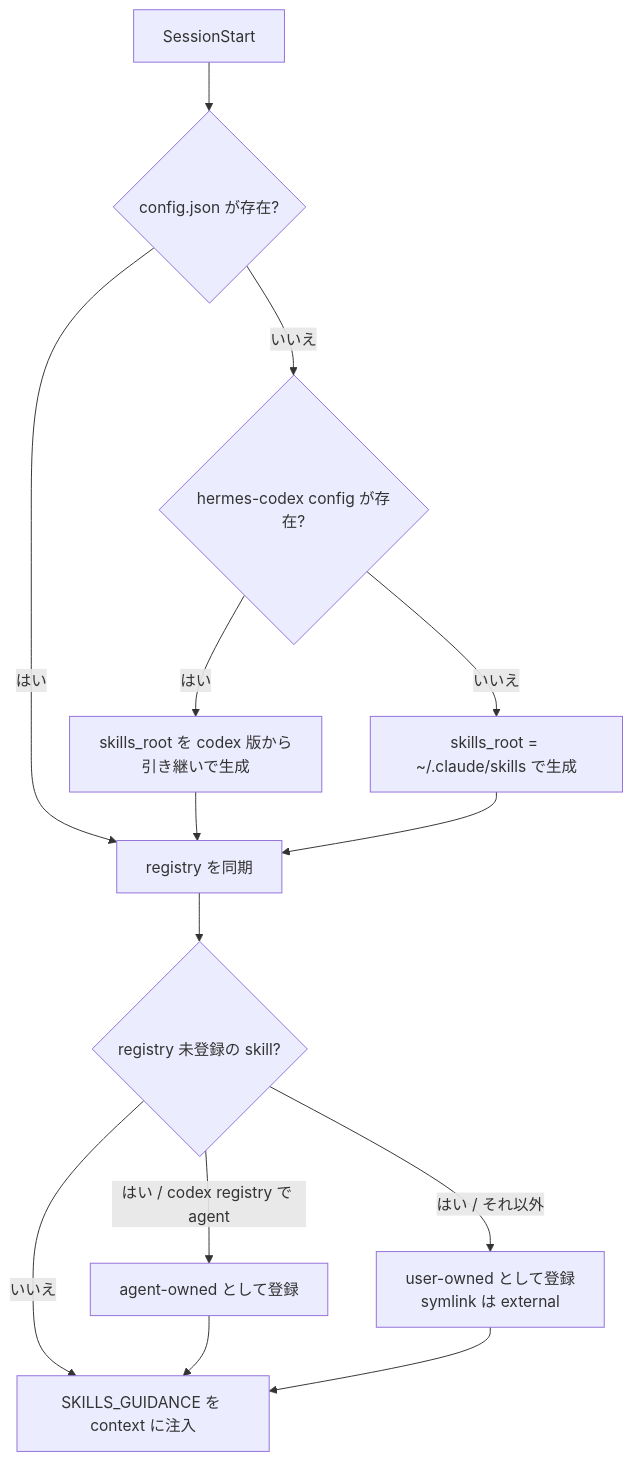
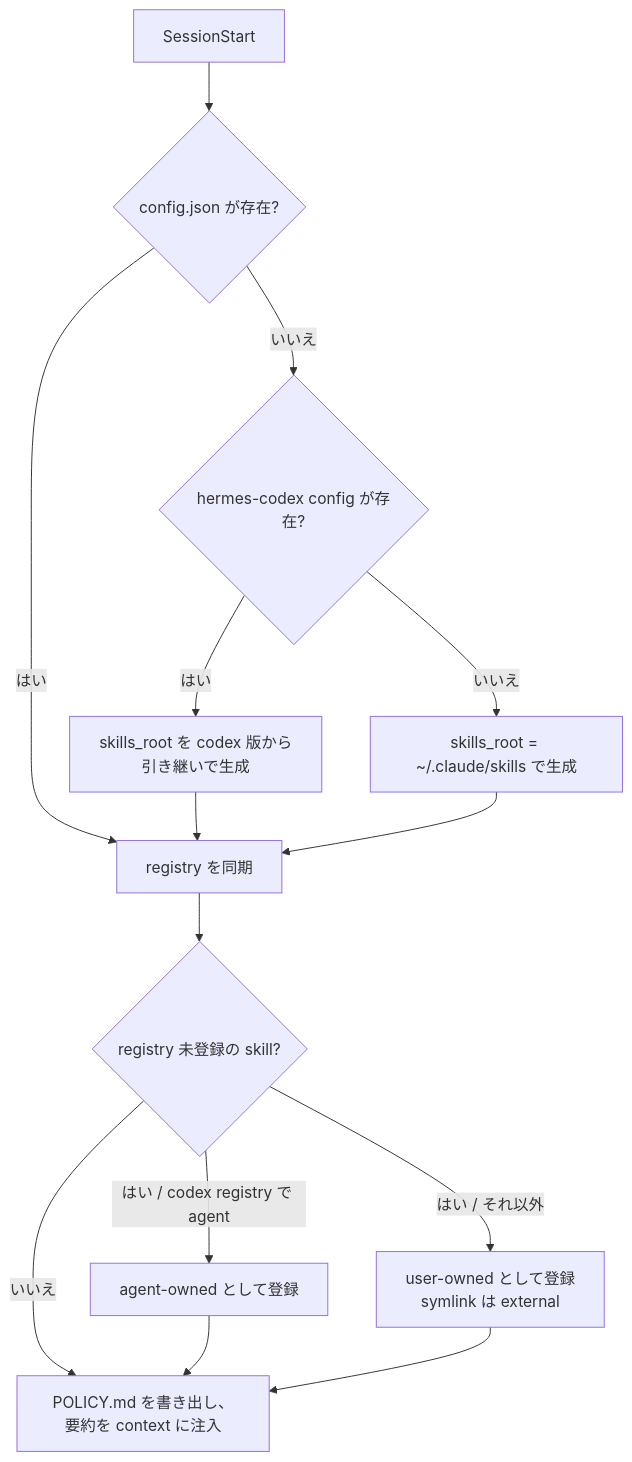
Before and after one commit to lilpacy/hermes-self-improvement-claude-plugin: the second of 5 diagrams in README.ja.md, drawn with Mermaid. The commit also changed other lines of this file and 3 other files, not shown here.

````diff
--- a/README.ja.md
+++ b/README.ja.md
@@ -123,16 +123,16 @@
 ```mermaid
 flowchart TD
   A[SessionStart] --> B{config.json が存在?}
   B -- いいえ --> C{hermes-codex config が存在?}
   C -- はい --> D[skills_root を codex 版から引き継いで生成]
   C -- いいえ --> E[skills_root = ~/.claude/skills で生成]
   B -- はい --> F[registry を同期]
   D --> F
   E --> F
   F --> G{registry 未登録の skill?}
   G -- "はい / codex registry で agent" --> H[agent-owned として登録]
   G -- "はい / それ以外" --> I[user-owned として登録<br/>symlink は external]
-  G -- いいえ --> J[SKILLS_GUIDANCE を context に注入]
+  G -- いいえ --> J[POLICY.md を書き出し、要約を context に注入]
   H --> J
   I --> J
 ```
````
